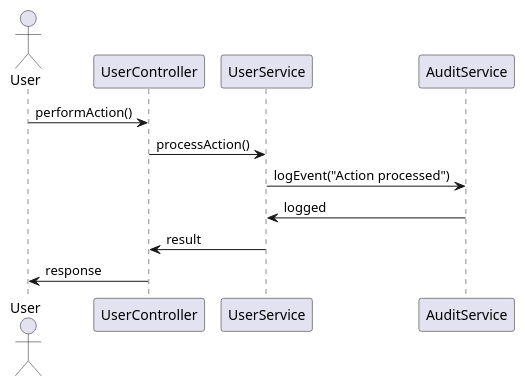
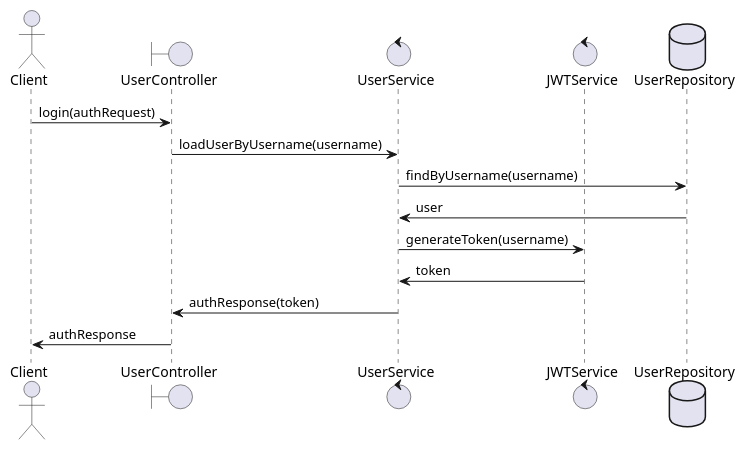
The fourth of 6 diagrams in identityprovider/documentation/detaileddesign.adoc (shreya-cn/autodev.ai), drawn with PlantUML before and after one commit. The commit also changed other lines of this file and 3 other files, not shown here.

````diff
--- a/identityprovider/documentation/detaileddesign.adoc
+++ b/identityprovider/documentation/detaileddesign.adoc
@@ -314,16 +352,18 @@
-[plantuml, business-process-flow, png]
-----
+```plantuml
 @startuml
-actor User
-participant UserController
-participant UserService
-participant AuditService
+actor Client
+boundary UserController
+control UserService
+control JWTService
+database UserRepository
 
-User -> UserController : performAction()
-UserController -> UserService : processAction()
-UserService -> AuditService : logEvent("Action processed")
-AuditService -> UserService : logged
-UserService -> UserController : result
-UserController -> User : response
+Client -> UserController : login(authRequest)
+UserController -> UserService : loadUserByUsername(username)
+UserService -> UserRepository : findByUsername(username)
+UserRepository -> UserService : user
+UserService -> JWTService : generateToken(username)
+JWTService -> UserService : token
+UserService -> UserController : authResponse(token)
+UserController -> Client : authResponse
 @enduml
-----
+```
````
